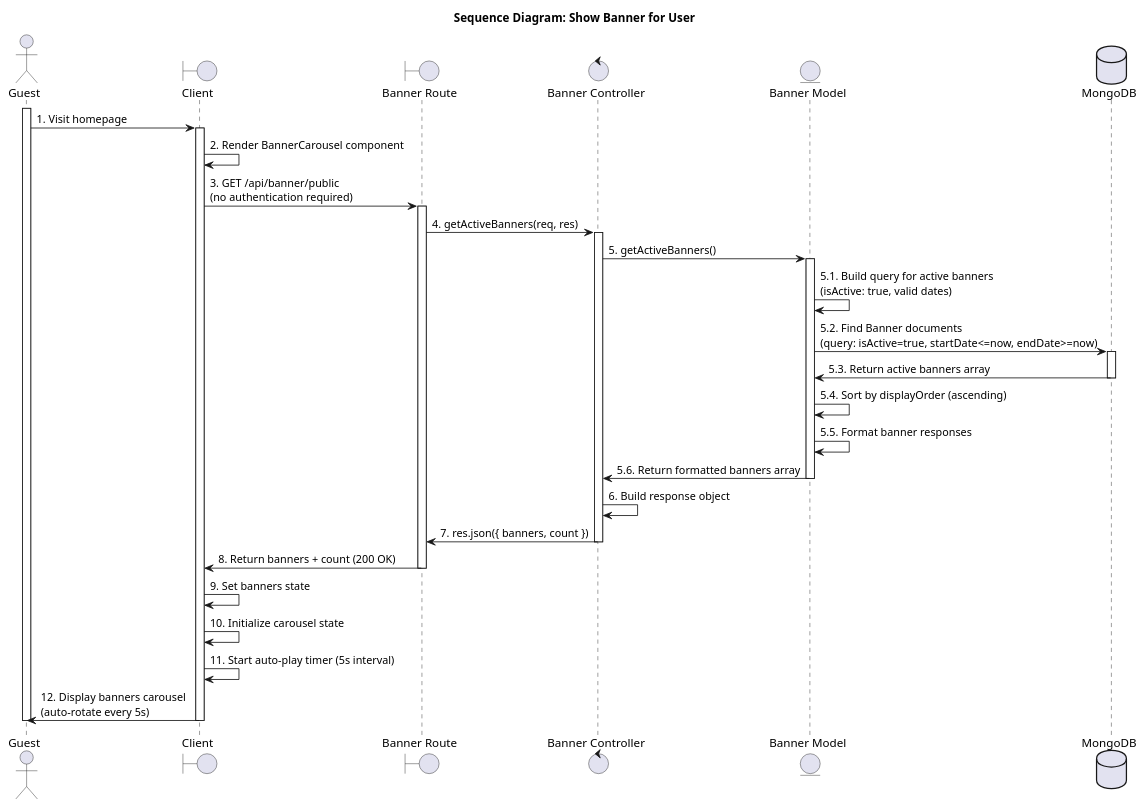
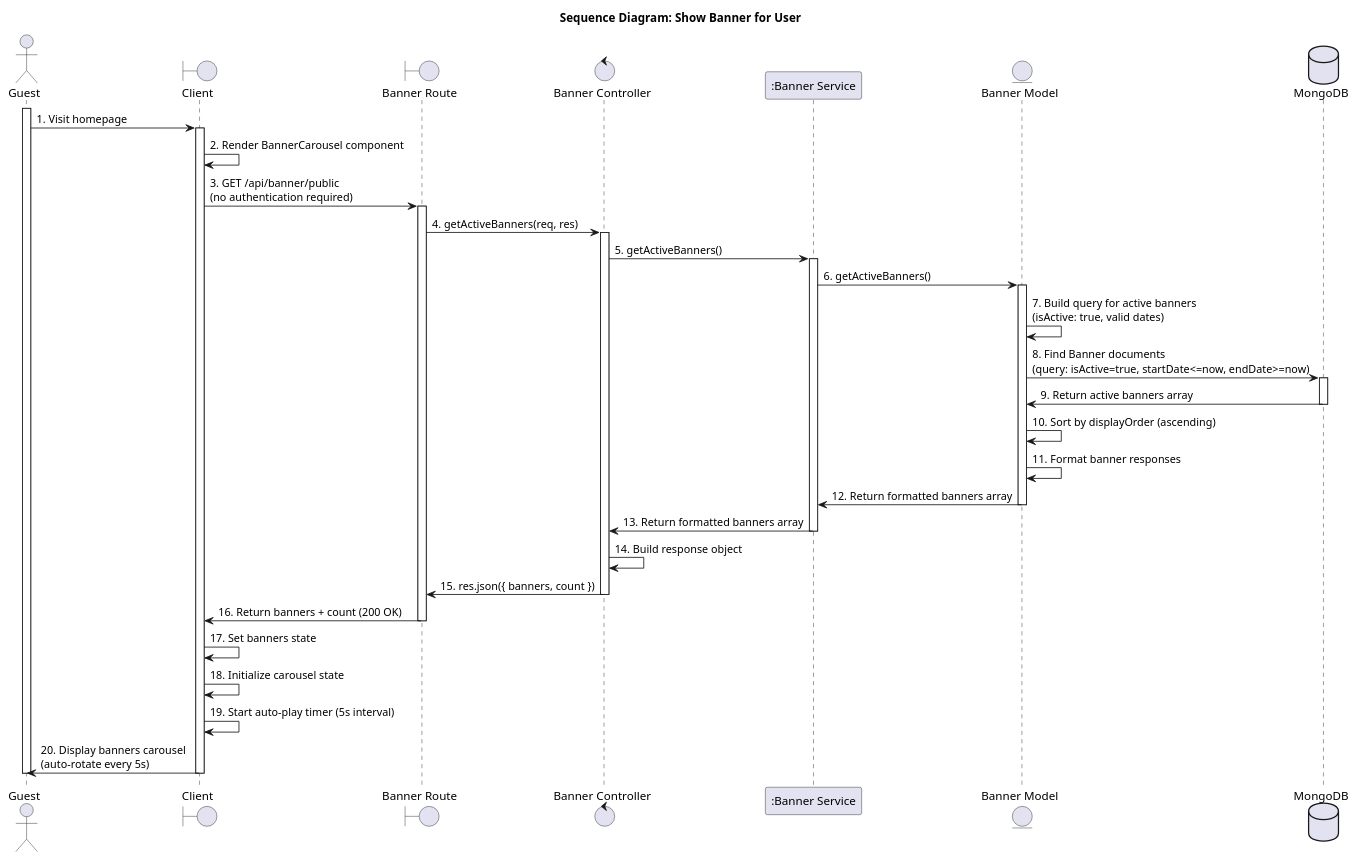
The eighth of 8 diagrams in SEQUENCE_DIAGRAMS_UC.md (SvnFrs/re-oldvibes), drawn with PlantUML before and after one commit. The commit also changed other lines of this file and 1 other file, not shown here.

````diff
--- a/SEQUENCE_DIAGRAMS_UC.md
+++ b/SEQUENCE_DIAGRAMS_UC.md
@@ -1013,43 +468,48 @@
 ```plantuml
 @startuml Show Banner for User
 title Sequence Diagram: Show Banner for User
 
 actor Guest
 boundary "Client" as Client
 boundary "Banner Route" as Route
 control "Banner Controller" as Controller
+participant ":Banner Service" as Service
 entity "Banner Model" as Model
 database "MongoDB" as Database
 
 activate Guest
 Guest -> Client : 1. Visit homepage
 activate Client
 Client -> Client : 2. Render BannerCarousel component
 Client -> Route : 3. GET /api/banner/public\n(no authentication required)
 activate Route
 Route -> Controller : 4. getActiveBanners(req, res)
 activate Controller
-Controller -> Model : 5. getActiveBanners()
+Controller -> Service : 5. getActiveBanners()
+activate Service
+Service -> Model : 6. getActiveBanners()
 activate Model
-Model -> Model : 5.1. Build query for active banners\n(isActive: true, valid dates)
-Model -> Database : 5.2. Find Banner documents\n(query: isActive=true, startDate<=now, endDate>=now)
+Model -> Model : 7. Build query for active banners\n(isActive: true, valid dates)
+Model -> Database : 8. Find Banner documents\n(query: isActive=true, startDate<=now, endDate>=now)
 activate Database
-Database -> Model : 5.3. Return active banners array
+Database -> Model : 9. Return active banners array
 deactivate Database
-Model -> Model : 5.4. Sort by displayOrder (ascending)
-Model -> Model : 5.5. Format banner responses
-Model -> Controller : 5.6. Return formatted banners array
+Model -> Model : 10. Sort by displayOrder (ascending)
+Model -> Model : 11. Format banner responses
+Model -> Service : 12. Return formatted banners array
 deactivate Model
-Controller -> Controller : 6. Build response object
-Controller -> Route : 7. res.json({ banners, count })
+Service -> Controller : 13. Return formatted banners array
+deactivate Service
+Controller -> Controller : 14. Build response object
+Controller -> Route : 15. res.json({ banners, count })
 deactivate Controller
-Route -> Client : 8. Return banners + count (200 OK)
+Route -> Client : 16. Return banners + count (200 OK)
 deactivate Route
-Client -> Client : 9. Set banners state
-Client -> Client : 10. Initialize carousel state
-Client -> Client : 11. Start auto-play timer (5s interval)
-Client -> Guest : 12. Display banners carousel\n(auto-rotate every 5s)
+Client -> Client : 17. Set banners state
+Client -> Client : 18. Initialize carousel state
+Client -> Client : 19. Start auto-play timer (5s interval)
+Client -> Guest : 20. Display banners carousel\n(auto-rotate every 5s)
 deactivate Client
 deactivate Guest
 @enduml
 ```
````
